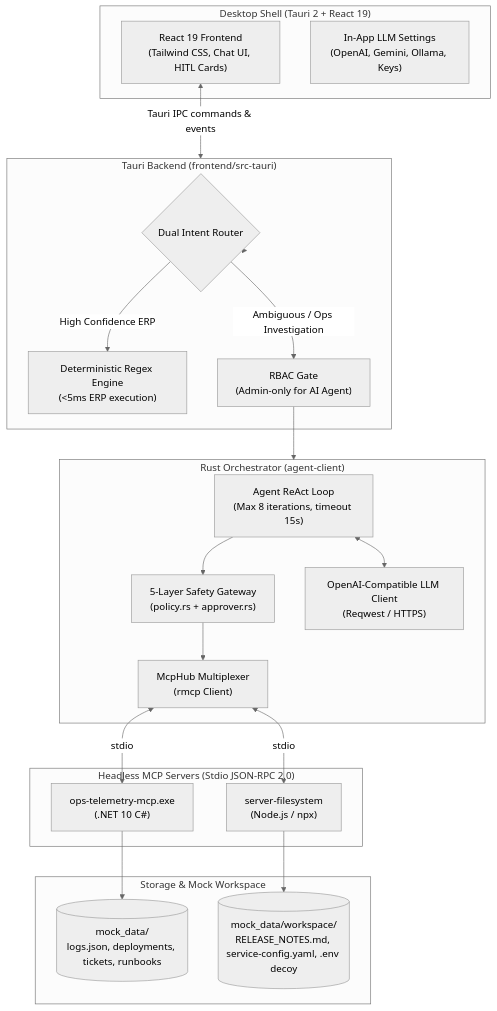
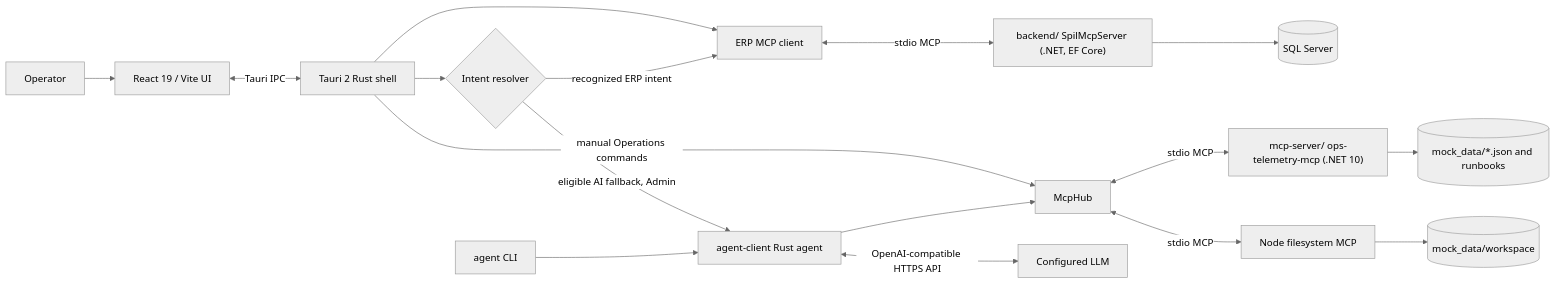
Before and after one commit to atheeq01/erp-mcp-dotnet-tauri: the diagram in README.md, drawn with Mermaid (neutral theme). The commit also changed other lines of this file and 1 other file, not shown here.

````diff
--- a/README.md
+++ b/README.md
@@ -45,44 +38,19 @@
 ```mermaid
-flowchart TB
-    subgraph UI_Layer ["Desktop Shell (Tauri 2 + React 19)"]
-        UI["React 19 Frontend<br/>(Tailwind CSS, Chat UI, HITL Cards)"]
-        Settings["In-App LLM Settings<br/>(OpenAI, Gemini, Ollama, Keys)"]
-    end
-
-    subgraph Tauri_Core ["Tauri Backend (frontend/src-tauri)"]
-        Router{"Dual Intent Router"}
-        FastPath["Deterministic Regex Engine<br/>(<5ms ERP execution)"]
-        RBAC["RBAC Gate<br/>(Admin-only for AI Agent)"]
-    end
-
-    subgraph Agent_Core ["Rust Orchestrator (agent-client)"]
-        AgentLoop["Agent ReAct Loop<br/>(Max 8 iterations, timeout 15s)"]
-        SafetyGateway["5-Layer Safety Gateway<br/>(policy.rs + approver.rs)"]
-        McpHub["McpHub Multiplexer<br/>(rmcp Client)"]
-        LLM["OpenAI-Compatible LLM Client<br/>(Reqwest / HTTPS)"]
-    end
-
-    subgraph Stdio_Servers ["Headless MCP Servers (Stdio JSON-RPC 2.0)"]
-        TelemetryServer["ops-telemetry-mcp.exe<br/>(.NET 10 C#)"]
-        FilesystemServer["server-filesystem<br/>(Node.js / npx)"]
-    end
-
-    subgraph Storage ["Storage & Mock Workspace"]
-        MockData[("mock_data/<br/>logs.json, deployments, tickets, runbooks")]
-        Workspace[("mock_data/workspace/<br/>RELEASE_NOTES.md, service-config.yaml, .env decoy")]
-    end
-
-    UI <--> |"Tauri IPC commands & events"| Tauri_Core
-    Tauri_Core --> Router
-    Router -- "High Confidence ERP" --> FastPath
-    Router -- "Ambiguous / Ops Investigation" --> RBAC
-    RBAC --> Agent_Core
-
-    AgentLoop <--> LLM
-    AgentLoop --> SafetyGateway
-    SafetyGateway --> McpHub
-    McpHub <--> |stdio| TelemetryServer
-    McpHub <--> |stdio| FilesystemServer
-    TelemetryServer --> MockData
-    FilesystemServer --> Workspace
+flowchart LR
+    Operator["Operator"] --> UI["React 19 / Vite UI"]
+    UI <-->|"Tauri IPC"| Shell["Tauri 2 Rust shell"]
+    Shell --> ERPClient["ERP MCP client"]
+    ERPClient <-->|"stdio MCP"| ERP["backend/ SpilMcpServer (.NET, EF Core)"]
+    ERP --> SQL[("SQL Server")]
+    Shell --> Router{"Intent resolver"}
+    Router -->|"recognized ERP intent"| ERPClient
+    Router -->|"eligible AI fallback, Admin"| Agent["agent-client Rust agent"]
+    Shell -->|"manual Operations commands"| Hub["McpHub"]
+    Agent --> Hub
+    Agent <-->|"OpenAI-compatible HTTPS API"| LLM["Configured LLM"]
+    Hub <-->|"stdio MCP"| Telemetry["mcp-server/ ops-telemetry-mcp (.NET 10)"]
+    Hub <-->|"stdio MCP"| Files["Node filesystem MCP"]
+    Telemetry --> Mock[("mock_data/*.json and runbooks")]
+    Files --> Workspace[("mock_data/workspace")]
+    CLI["agent CLI"] --> Agent
 ```
````
